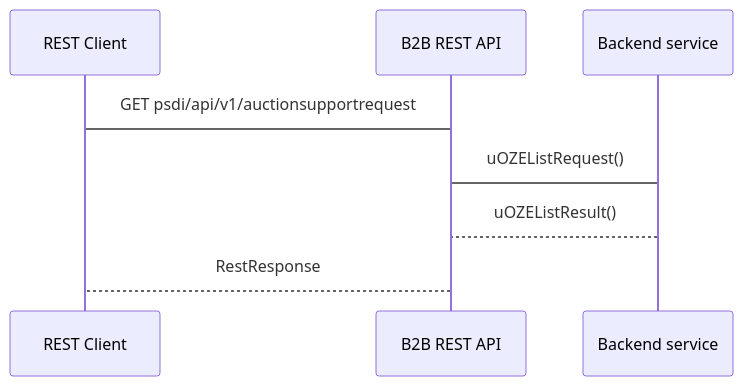
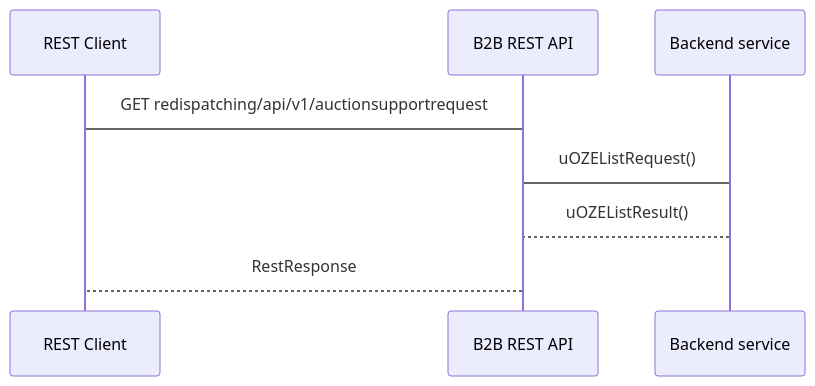
One commit to Polskie-Sieci-Elektroenergetyczne/redispatching-api changed the first of 2 diagrams in docs/komunikat informacji o chęci skorzystania z aukcyjnego systemu wsparcia.md. Above: the diagram before and after it, drawn with Mermaid. The commit also changed other lines of this file and 7 other files, not shown here.

````diff
--- a/docs/komunikat informacji o chęci skorzystania z aukcyjnego systemu wsparcia.md
+++ b/docs/komunikat informacji o chęci skorzystania z aukcyjnego systemu wsparcia.md
@@ -33,10 +33,10 @@
 ```mermaid
 sequenceDiagram
     participant REST Client
     participant B2B REST API
     participant Backend service
-    REST Client->B2B REST API: GET psdi/api/v1/auctionsupportrequest
+    REST Client->B2B REST API: GET redispatching/api/v1/auctionsupportrequest
     B2B REST API->Backend service: uOZEListRequest()
 	Backend service-->B2B REST API: uOZEListResult()
     B2B REST API-->REST Client: RestResponse
 ```
````
